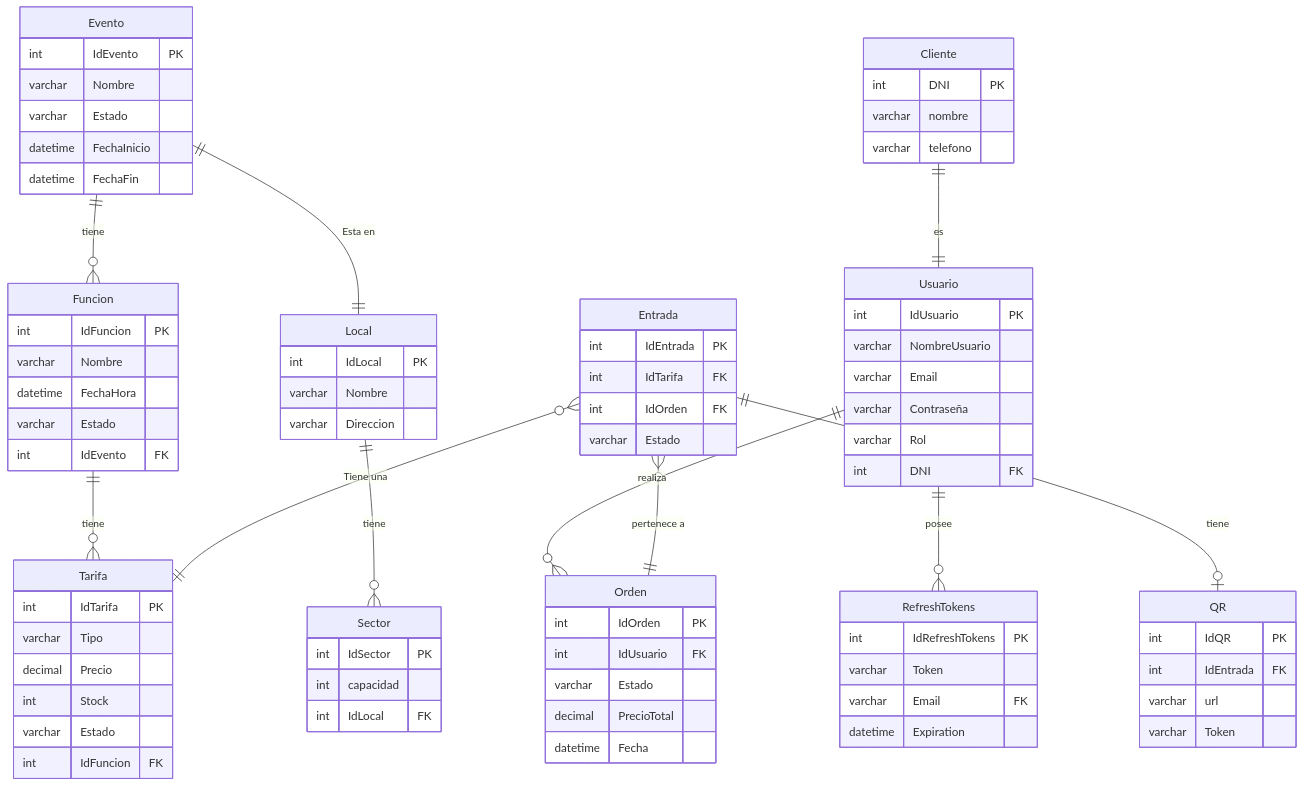
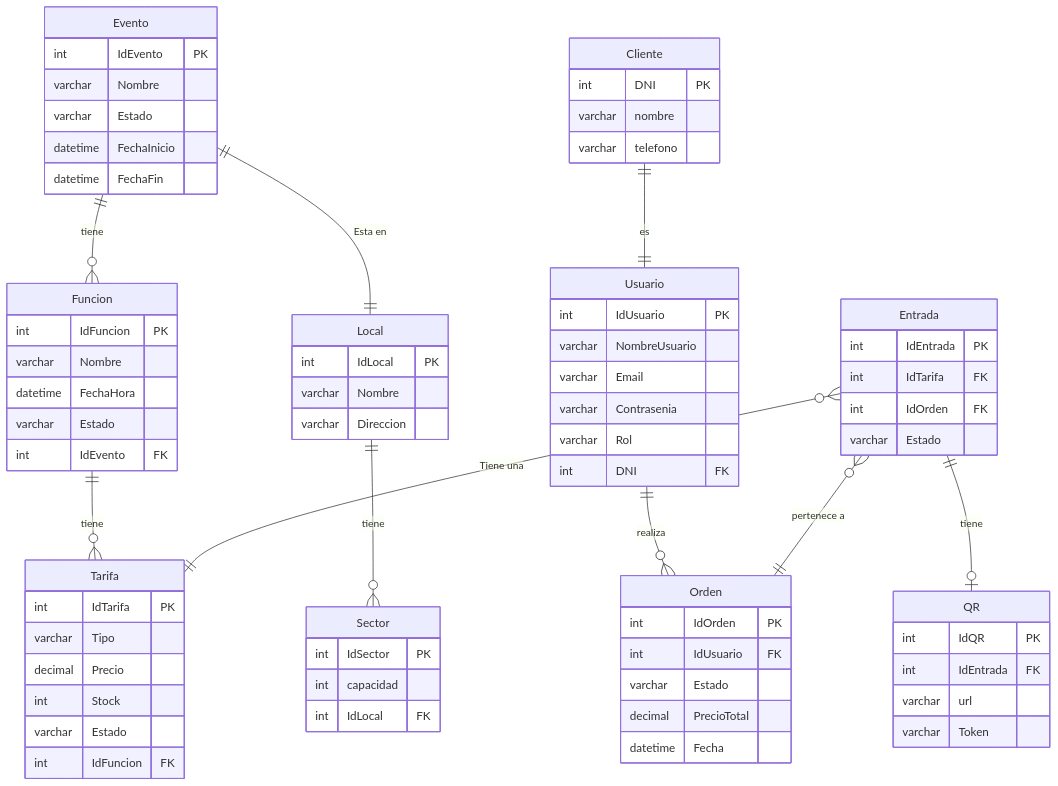
The diagram in Proyecto/Doc/DER.md (MonkiCapo/AplicacionQR), drawn with Mermaid before and after one commit. The commit also changed 1 other file, not shown here.

```diff
--- a/Proyecto/Doc/DER.md
+++ b/Proyecto/Doc/DER.md
@@ -50,7 +50,7 @@
         int IdUsuario PK
         varchar NombreUsuario
         varchar Email
-        varchar Contraseña
+        varchar Contrasenia
         varchar Rol
         int DNI FK
     }
@@ -70,12 +70,6 @@
         varchar Estado
     }
 
-    RefreshTokens {
-        int IdRefreshTokens PK
-        varchar Token
-        varchar Email FK
-        datetime Expiration
-    }
 
     QR {
         int IdQR PK
@@ -99,7 +93,6 @@
 
     Entrada }o--|| Orden : "pertenece a"
 
-    Usuario ||--o{ RefreshTokens : "posee"
 
     Entrada ||--o| QR : "tiene"
    
```
